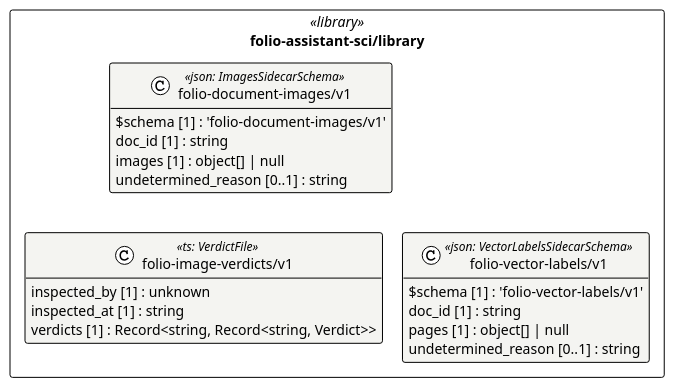
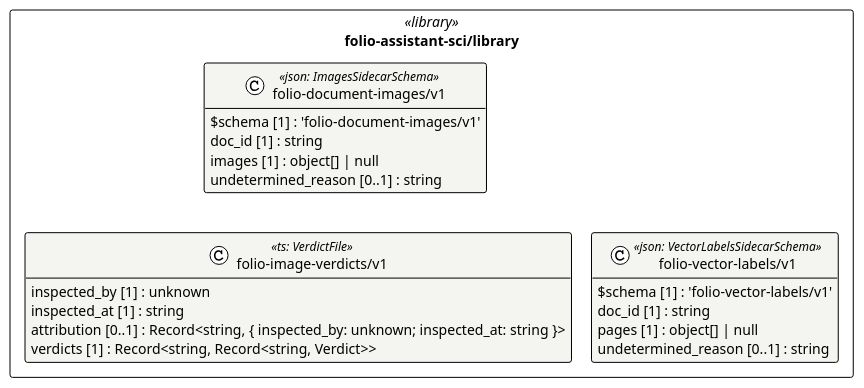
Before and after one commit to litlfred/folio-assistant: the diagram in cat-harness/uml/overview/folio-assistant-sci/library.puml, drawn with PlantUML. The commit also changed 230 other files, not shown here.

```diff
--- a/cat-harness/uml/overview/folio-assistant-sci/library.puml
+++ b/cat-harness/uml/overview/folio-assistant-sci/library.puml
@@ -3,29 +3,30 @@
 @startuml folio_assistant_sci_library
 !pragma layout elk
 !theme plain
 skinparam classAttributeIconSize 0
 skinparam shadowing false
 skinparam packageStyle rectangle
 hide empty methods
 
 package "folio-assistant-sci/library" as pkg_folio_assistant_sci_library <<library>> {
   class "folio-document-images/v1" as folio_assistant_sci_library_folio_document_images_v1_folio_document_images_v1 <<json: ImagesSidecarSchema>> #f4f4f1 {
     $schema [1] : 'folio-document-images/v1'
     doc_id [1] : string
     images [1] : object[] | null
     undetermined_reason [0..1] : string
   }
   class "folio-image-verdicts/v1" as folio_assistant_sci_library_folio_image_verdicts_v1 <<ts: VerdictFile>> #f4f4f1 {
     inspected_by [1] : unknown
     inspected_at [1] : string
+    attribution [0..1] : Record<string, { inspected_by: unknown; inspected_at: string }>
     verdicts [1] : Record<string, Record<string, Verdict>>
   }
   class "folio-vector-labels/v1" as folio_assistant_sci_library_folio_vector_labels_v1_folio_vector_labels_v1 <<json: VectorLabelsSidecarSchema>> #f4f4f1 {
     $schema [1] : 'folio-vector-labels/v1'
     doc_id [1] : string
     pages [1] : object[] | null
     undetermined_reason [0..1] : string
   }
 }
 
 @enduml
```
